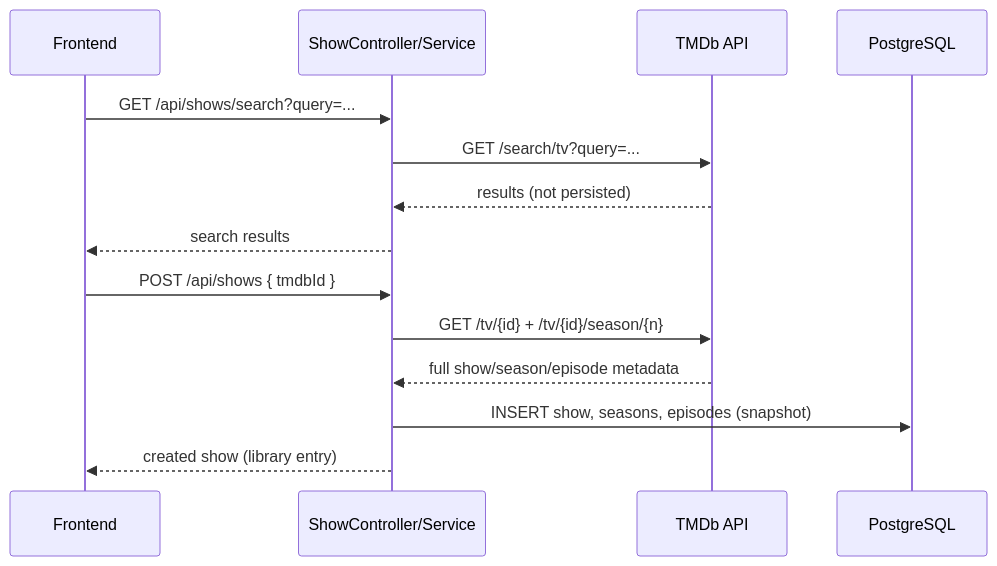
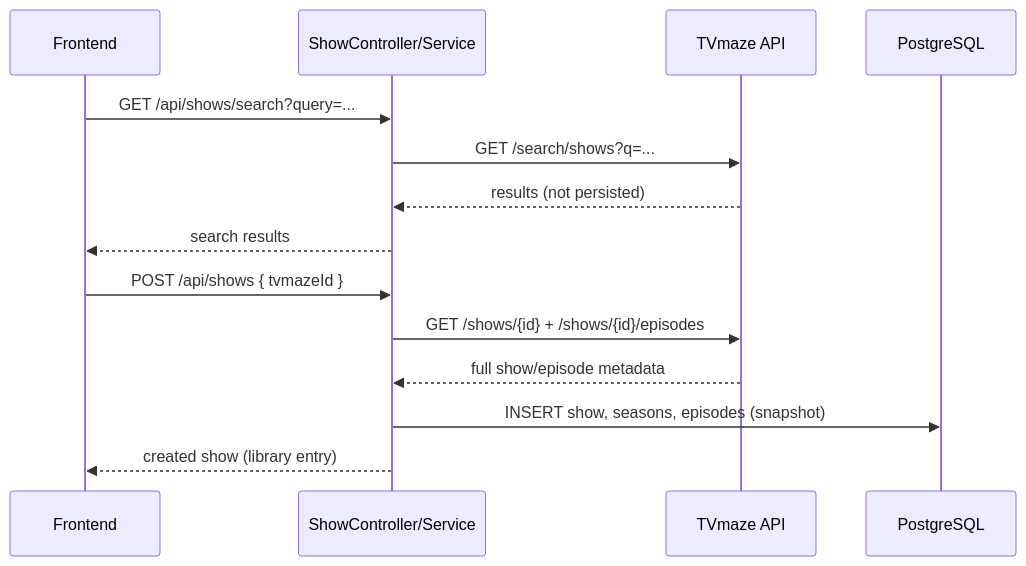
Before and after one commit to CaptainCluster/shogunate: the third of 4 diagrams in docs/ARCHITECTURE.md, drawn with Mermaid. The commit also changed other lines of this file and 13 other files, not shown here.

First line of the commit message:
docs(show): replace TMDB with TVmaze across specs and documentation

````diff
--- a/docs/ARCHITECTURE.md
+++ b/docs/ARCHITECTURE.md
@@ -207,18 +207,18 @@
 ```mermaid
 sequenceDiagram
     participant FE as Frontend
     participant API as ShowController/Service
-    participant TMDB as TMDb API
+    participant TVMAZE as TVmaze API
     participant DB as PostgreSQL
 
     FE->>API: GET /api/shows/search?query=...
-    API->>TMDB: GET /search/tv?query=...
-    TMDB-->>API: results (not persisted)
+    API->>TVMAZE: GET /search/shows?q=...
+    TVMAZE-->>API: results (not persisted)
     API-->>FE: search results
 
-    FE->>API: POST /api/shows { tmdbId }
-    API->>TMDB: GET /tv/{id} + /tv/{id}/season/{n}
-    TMDB-->>API: full show/season/episode metadata
+    FE->>API: POST /api/shows { tvmazeId }
+    API->>TVMAZE: GET /shows/{id} + /shows/{id}/episodes
+    TVMAZE-->>API: full show/episode metadata
     API->>DB: INSERT show, seasons, episodes (snapshot)
     API-->>FE: created show (library entry)
 ```
````
